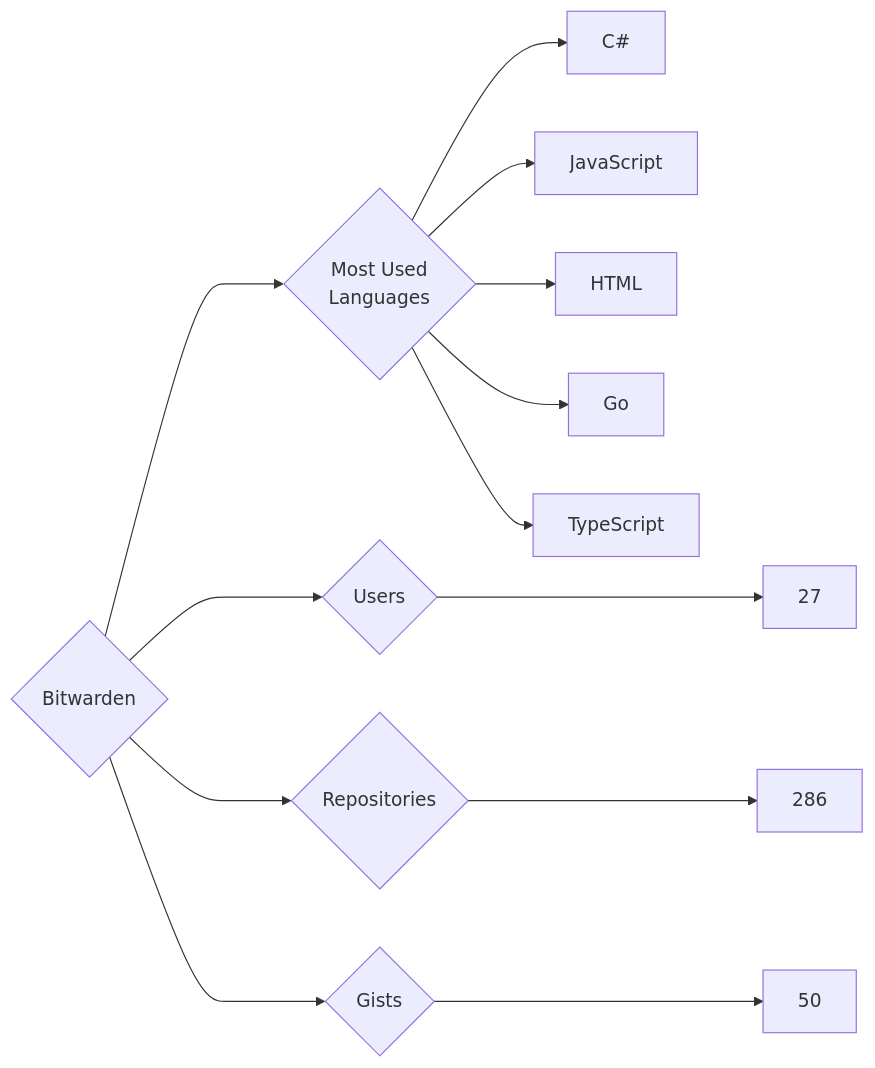
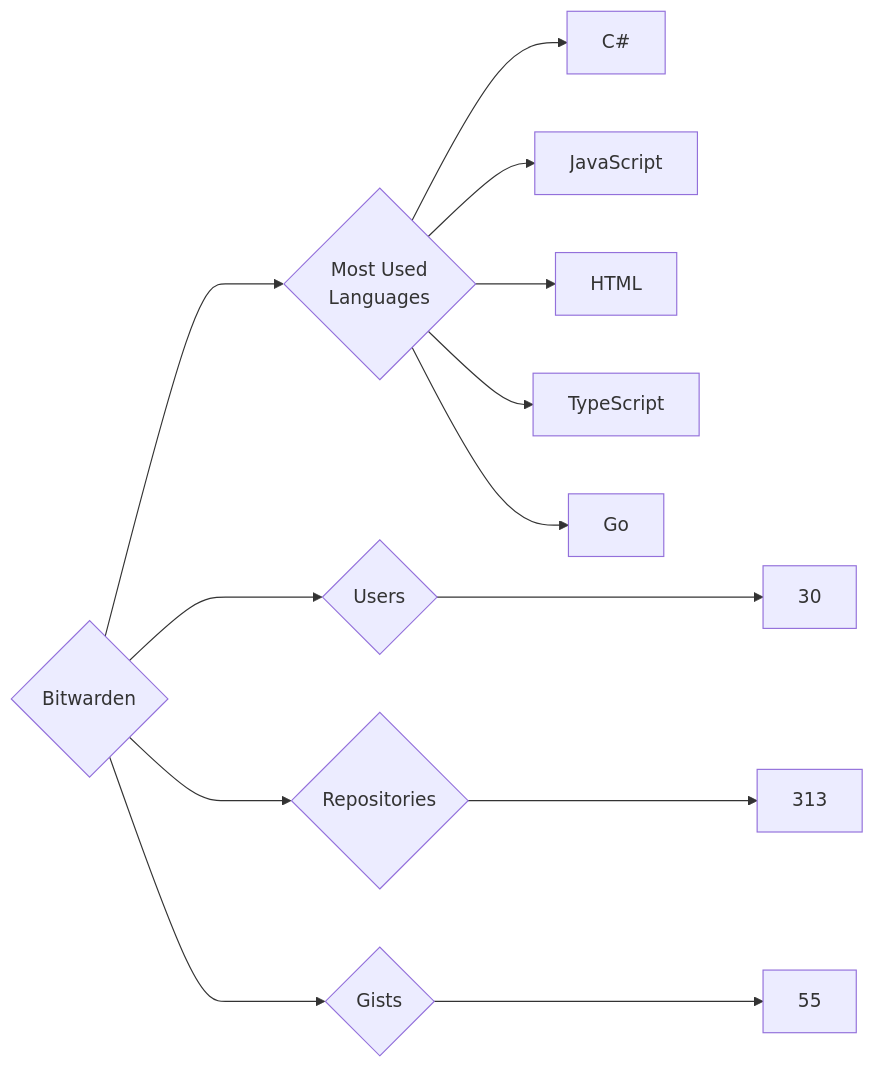
The diagram in targets/Bitwarden/README.md (trickest/insiders), drawn with Mermaid before and after one commit. The commit also changed 861 other files, not shown here.

````diff
--- a/targets/Bitwarden/README.md
+++ b/targets/Bitwarden/README.md
@@ -3,13 +3,13 @@
 ```mermaid
 graph LR
 COMPANY_NAME{Bitwarden}
-COMPANY_NAME ---> U{Users} ---> UN[27]
-COMPANY_NAME ---> R{Repositories} ---> RN[286]
-COMPANY_NAME ---> G{Gists} ---> GN[50]
+COMPANY_NAME ---> U{Users} ---> UN[30]
+COMPANY_NAME ---> R{Repositories} ---> RN[313]
+COMPANY_NAME ---> G{Gists} ---> GN[55]
 COMPANY_NAME ---> ML{Most Used<br>Languages}
 ML --> C#[C#]
 ML --> JavaScript[JavaScript]
 ML --> HTML[HTML]
+ML --> TypeScript[TypeScript]
 ML --> Go[Go]
-ML --> TypeScript[TypeScript]
 ```
````
